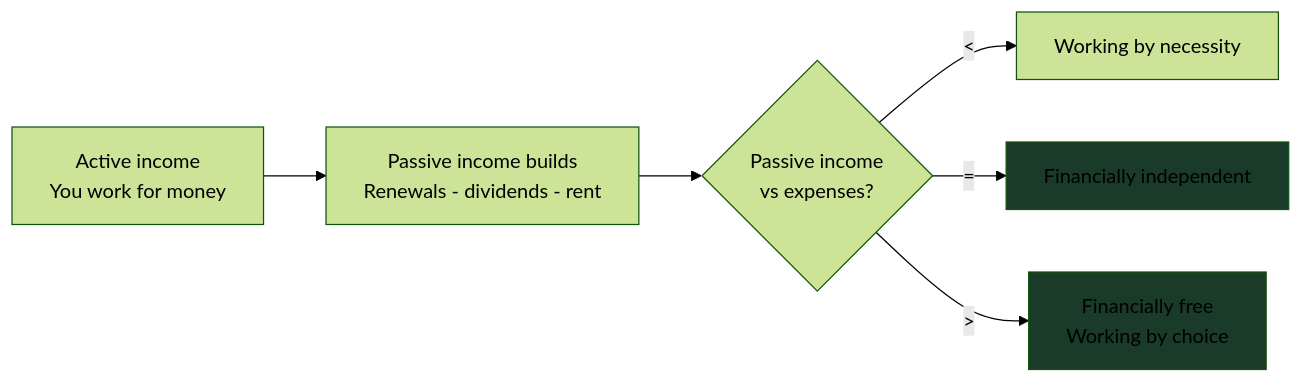
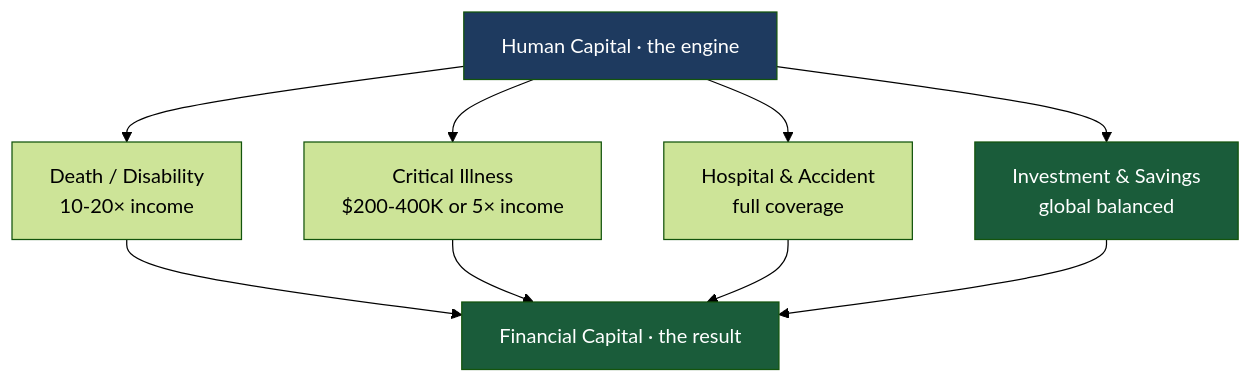
Before and after one commit to leotansingapore/aia-product-compass-hub: the second of 2 diagrams in docs/first-60-days/week-3/day-14.md, drawn with Mermaid (forest theme). The commit also changed other lines of this file and 1 other file, not shown here.

````diff
--- a/docs/first-60-days/week-3/day-14.md
+++ b/docs/first-60-days/week-3/day-14.md
@@ -50,10 +91,15 @@
 ```mermaid
-flowchart LR
-    A["Active income<br/>You work for money"] --> B["Passive income builds<br/>Renewals - dividends - rent"]
-    B --> C{"Passive income<br/>vs expenses?"}
-    C -->|"<"| D["Working by necessity"]
-    C -->|"="| E["Financially independent"]
-    C -->|">"| F["Financially free<br/>Working by choice"]
-    style E fill:#1a3a2a
-    style F fill:#1a3a2a
+flowchart TD
+    HC["Human Capital · the engine"]
+    HC --> P1["Death / Disability<br/>10-20× income"]
+    HC --> P2["Critical Illness<br/>$200-400K or 5× income"]
+    HC --> P3["Hospital & Accident<br/>full coverage"]
+    HC --> P4["Investment & Savings<br/>global balanced"]
+    P1 --> FC["Financial Capital · the result"]
+    P2 --> FC
+    P3 --> FC
+    P4 --> FC
+    style HC fill:#1e3a5f,color:#fff
+    style FC fill:#1a5c3a,color:#fff
+    style P4 fill:#1a5c3a,color:#fff
 ```
````
